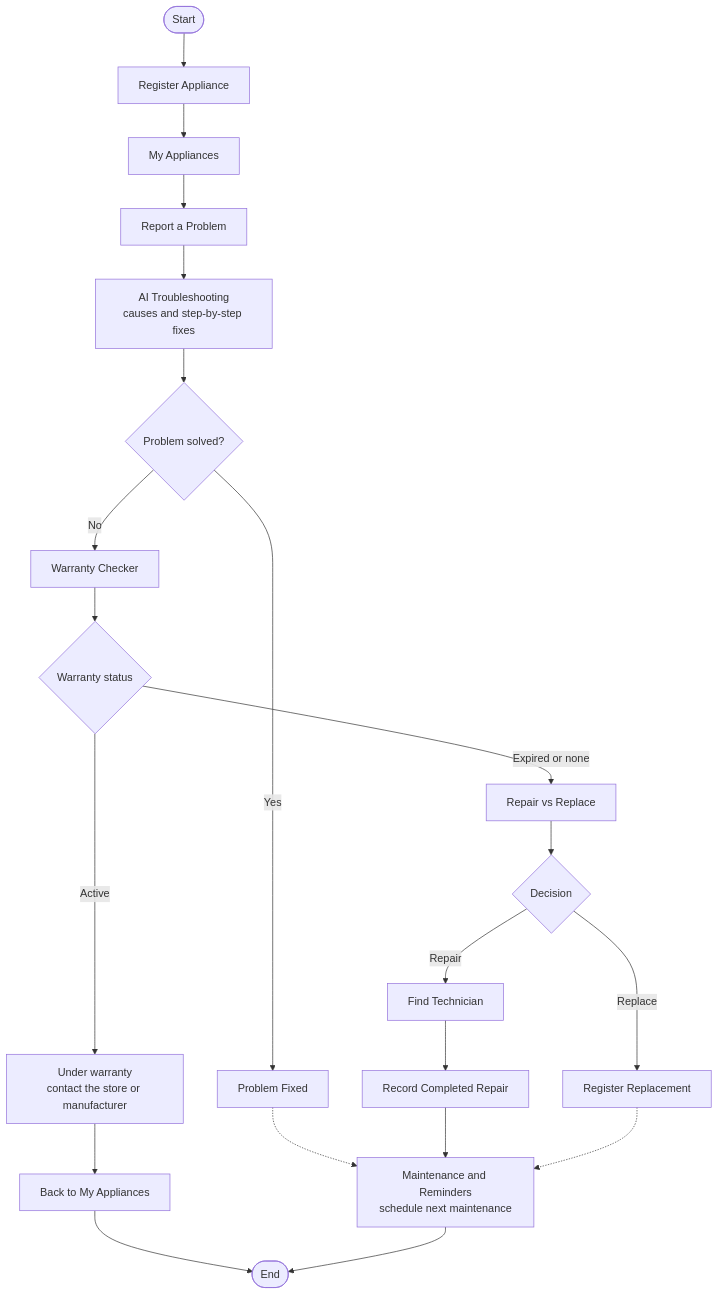
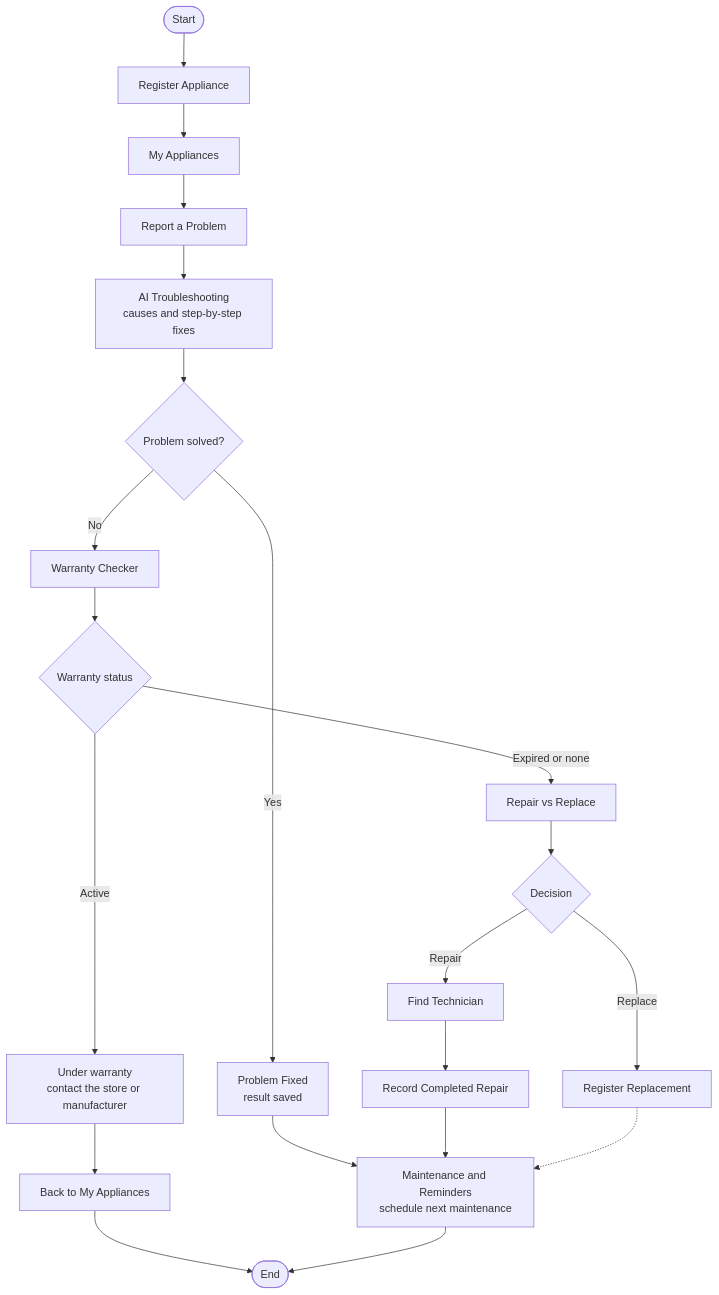
Before and after one commit to Govinder-1992/ClueNest-AI: the diagram in README.md, drawn with Mermaid. The commit also changed other lines of this file and 8 other files, not shown here.

Commit message:
Problem Fixed saves the troubleshooting result and opens Maintenance with recommendations; update README flowchart

````diff
--- a/README.md
+++ b/README.md
@@ -55,23 +55,23 @@
 ```mermaid
 flowchart TD
     A([Start]) --> B[Register Appliance]
     B --> C[My Appliances]
     C --> D[Report a Problem]
     D --> E[AI Troubleshooting<br/>causes and step-by-step fixes]
     E --> F{Problem solved?}
-    F -- Yes --> G[Problem Fixed]
-    G -.-> M
+    F -- Yes --> G[Problem Fixed<br/>result saved]
+    G --> M
     F -- No --> H[Warranty Checker]
     H --> W{Warranty status}
     W -- Active --> X[Under warranty<br/>contact the store or manufacturer]
     X --> Y[Back to My Appliances]
     Y --> O
     W -- Expired or none --> I[Repair vs Replace]
     I --> J{Decision}
     J -- Repair --> K[Find Technician]
     K --> L[Record Completed Repair]
     L --> M[Maintenance and Reminders<br/>schedule next maintenance]
     J -- Replace --> N[Register Replacement]
     N -.-> M
     M --> O([End])
 ```
````
